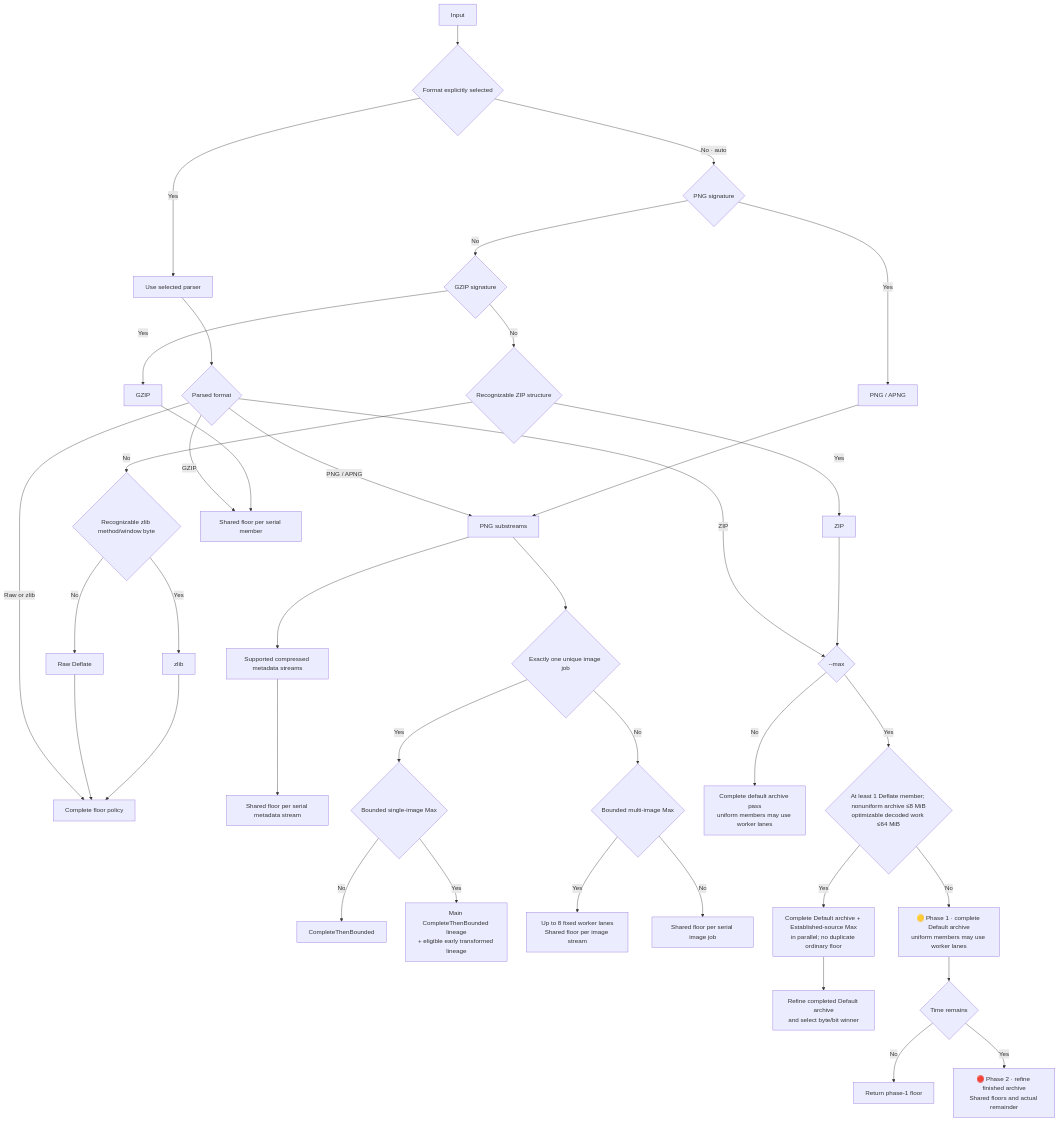
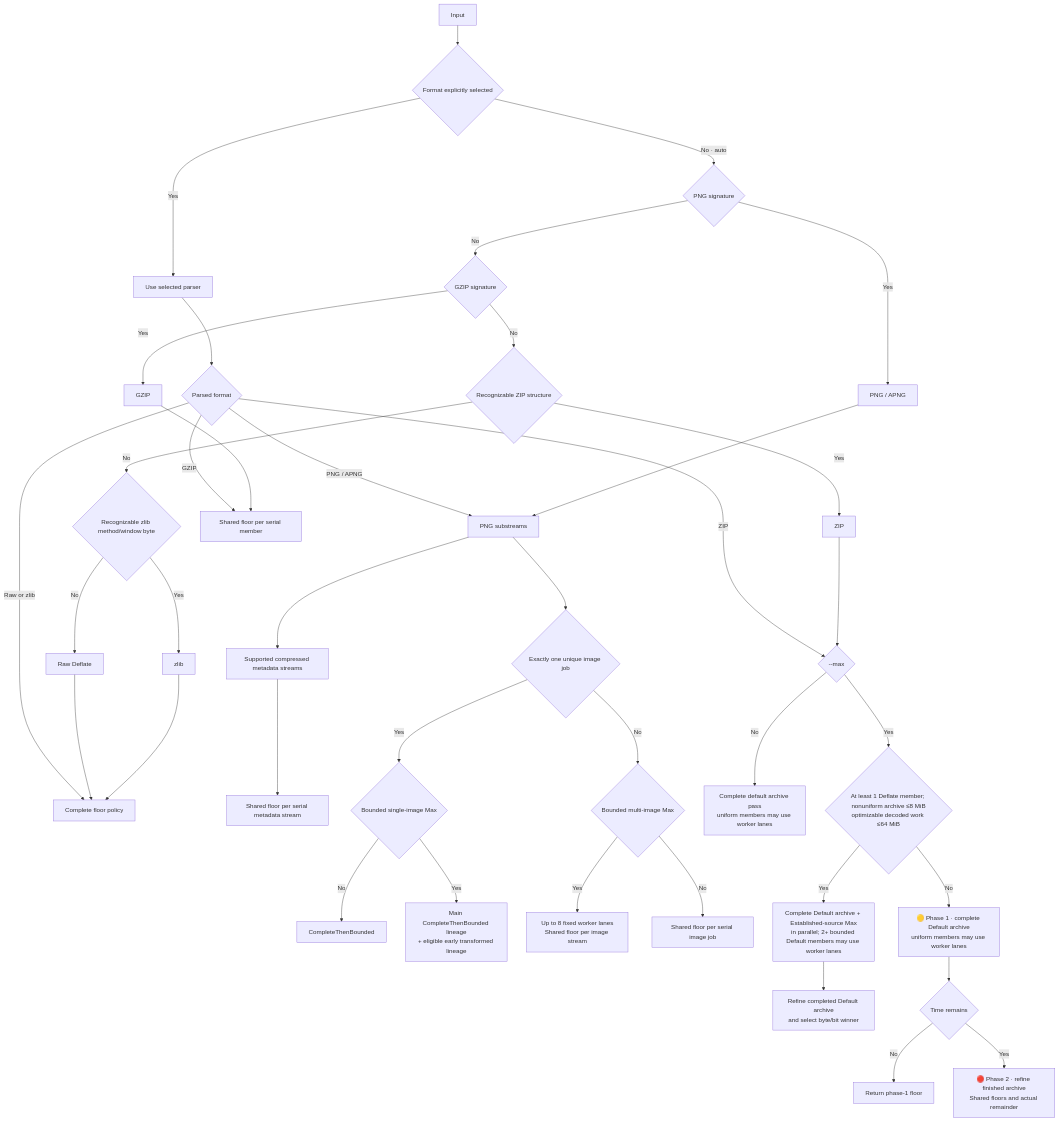
Before and after one commit to ace-dent/columbo: the second of 6 diagrams in docs/routes-and-methods.md, drawn with Mermaid. The commit also changed other lines of this file and 10 other files, not shown here.

````diff
--- a/docs/routes-and-methods.md
+++ b/docs/routes-and-methods.md
@@ -109,43 +109,43 @@
 ```mermaid
 flowchart TD
     IN["Input"] --> EXPLICIT{"Format explicitly selected"}
     EXPLICIT -- "Yes" --> PARSER["Use selected parser"]
     EXPLICIT -- "No · auto" --> PNG{"PNG signature"}
     PNG -- "Yes" --> PPNG["PNG / APNG"]
     PNG -- "No" --> GZ{"GZIP signature"}
     GZ -- "Yes" --> PGZ["GZIP"]
     GZ -- "No" --> ZIP{"Recognizable ZIP structure"}
     ZIP -- "Yes" --> PZIP["ZIP"]
     ZIP -- "No" --> ZL{"Recognizable zlib method/window byte"}
     ZL -- "Yes" --> PZL["zlib"]
     ZL -- "No" --> PRAW["Raw Deflate"]
 
     PARSER --> POLICY{"Parsed format"}
     POLICY -- "Raw or zlib" --> COMPLETE
     POLICY -- "GZIP" --> SHARED
     POLICY -- "PNG / APNG" --> PPNGROUTES["PNG substreams"]
     POLICY -- "ZIP" --> ZMAX
     PRAW --> COMPLETE["Complete floor policy"]
     PZL --> COMPLETE
     PGZ --> SHARED["Shared floor per serial member"]
     PPNG --> PPNGROUTES
     PPNGROUTES --> PMETA["Supported compressed metadata streams"]
     PMETA --> SHAREDMETA["Shared floor per serial metadata stream"]
     PPNGROUTES --> PJOBS{"Exactly one unique image job"}
     PJOBS -- "Yes" --> PMAX{"Bounded single-image Max"}
     PMAX -- "No" --> CTB["CompleteThenBounded"]
     PMAX -- "Yes" --> PRACE["Main CompleteThenBounded lineage<br/>+ eligible early transformed lineage"]
     PJOBS -- "No" --> PAPNGB{"Bounded multi-image Max"}
     PAPNGB -- "Yes" --> PPAR["Up to 8 fixed worker lanes<br/>Shared floor per image stream"]
     PAPNGB -- "No" --> SHAREDPNG["Shared floor per serial image job"]
     PZIP --> ZMAX{"--max"}
     ZMAX -- "No" --> ZDEFAULT["Complete default archive pass<br/>uniform members may use worker lanes"]
     ZMAX -- "Yes" --> ZBOUND{"At least 1 Deflate member; nonuniform archive ≤8 MiB<br/>optimizable decoded work ≤64 MiB"}
-    ZBOUND -- "Yes" --> ZRACE["Complete Default archive + Established-source Max<br/>in parallel; no duplicate ordinary floor"]
+    ZBOUND -- "Yes" --> ZRACE["Complete Default archive + Established-source Max<br/>in parallel; 2+ bounded Default members may use worker lanes"]
     ZRACE --> ZREFINE["Refine completed Default archive<br/>and select byte/bit winner"]
     ZBOUND -- "No" --> ZPHASE1["🟡 Phase 1 · complete Default archive<br/>uniform members may use worker lanes"]
     ZPHASE1 --> ZTIME{"Time remains"}
     ZTIME -- "No" --> ZWIN["Return phase-1 floor"]
     ZTIME -- "Yes" --> ZPHASE2["🔴 Phase 2 · refine finished archive<br/>Shared floors and actual remainder"]
 
 ```
````
